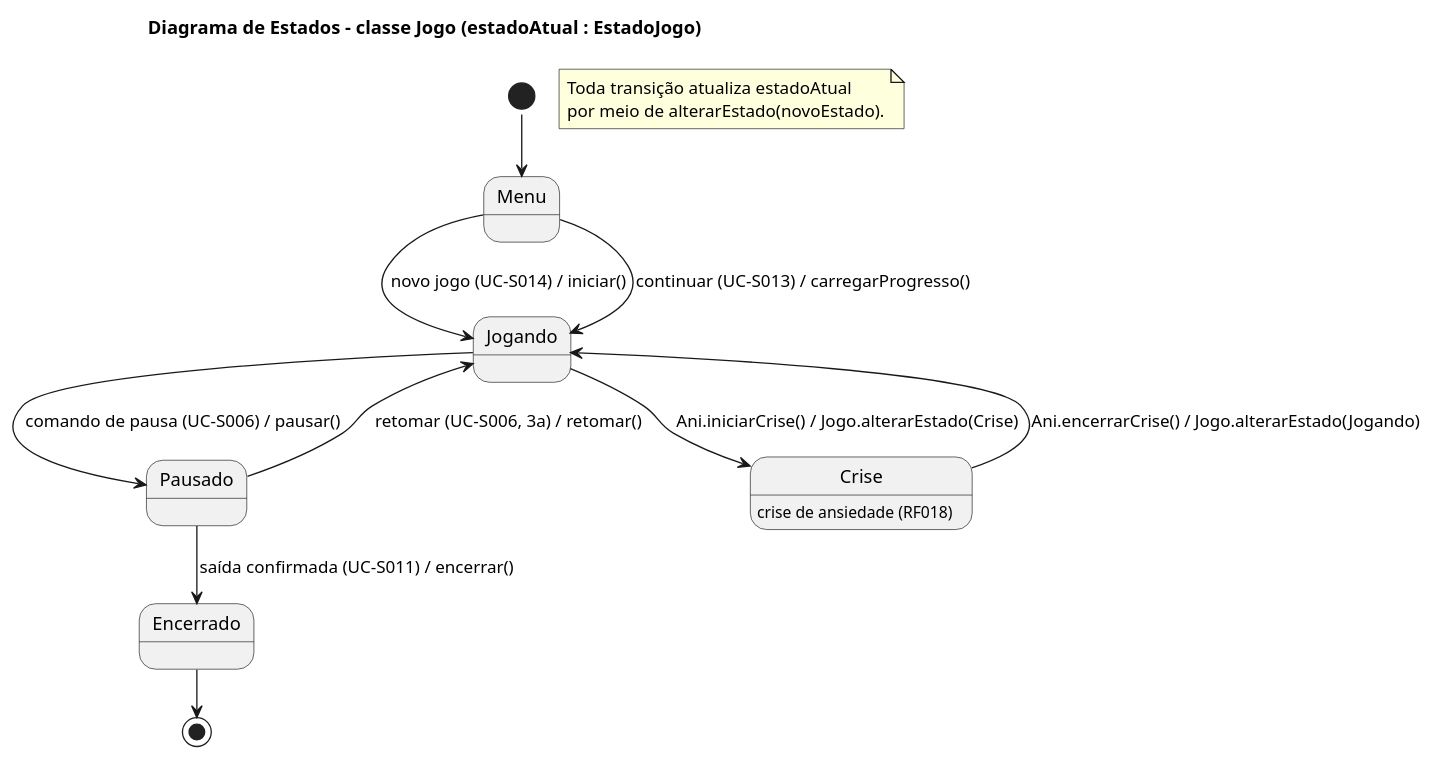
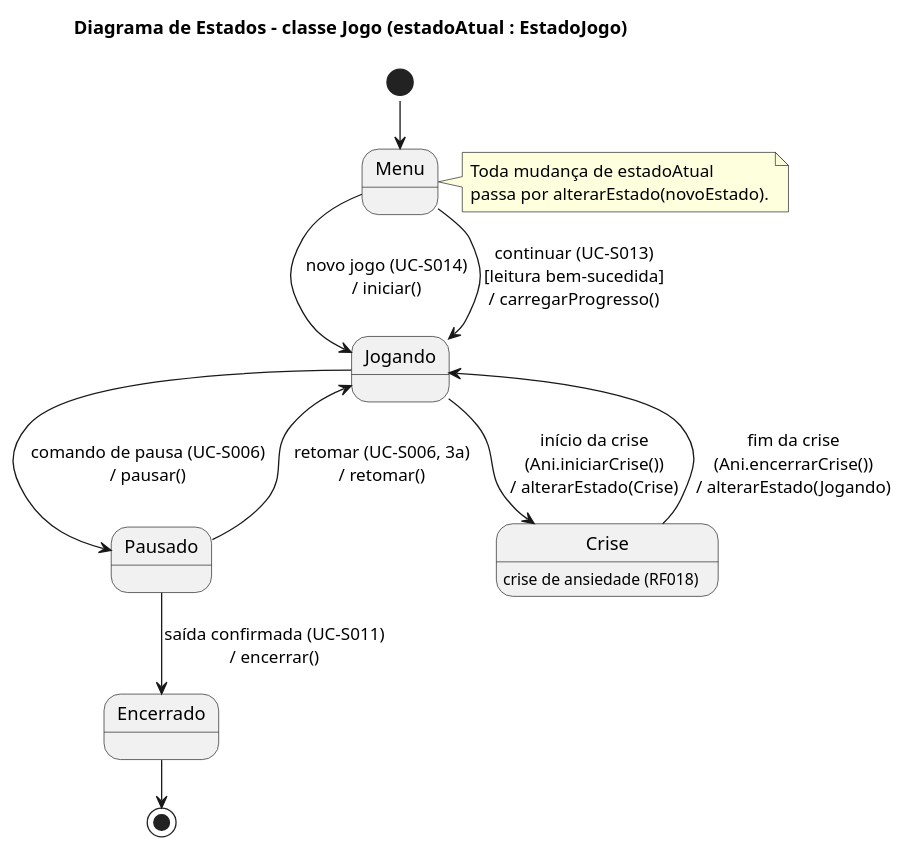
One commit to omatheusfaria/Ani changed the diagram in docs/diagramas/estados-jogo.puml. Above: the diagram before and after it, drawn with PlantUML. The commit also changed 9 other files, not shown here.

Commit message:
Registra as correções do item 62 nos diagramas PlantUML e no texto do TG (alterações que estavam no working tree)

```diff
--- a/docs/diagramas/estados-jogo.puml
+++ b/docs/diagramas/estados-jogo.puml
@@ -1,23 +1,26 @@
 @startuml estados-jogo
 !pragma layout smetana
 title Diagrama de Estados – classe Jogo (estadoAtual : EstadoJogo)
 
 state "Menu" as Menu
 state "Jogando" as Jogando
 state "Pausado" as Pausado
 state "Crise" as Crise : crise de ansiedade (RF018)
 state "Encerrado" as Encerrado
 
 [*] --> Menu
-Menu --> Jogando : novo jogo (UC-S014) / iniciar()
-Menu --> Jogando : continuar (UC-S013) / carregarProgresso()
-Jogando --> Pausado : comando de pausa (UC-S006) / pausar()
-Pausado --> Jogando : retomar (UC-S006, 3a) / retomar()
-Jogando --> Crise : Ani.iniciarCrise() / Jogo.alterarEstado(Crise)
-Crise --> Jogando : Ani.encerrarCrise() / Jogo.alterarEstado(Jogando)
-Pausado --> Encerrado : saída confirmada (UC-S011) / encerrar()
+Menu --> Jogando : novo jogo (UC-S014)\n/ iniciar()
+Menu --> Jogando : continuar (UC-S013)\n[leitura bem-sucedida]\n/ carregarProgresso()
+Jogando --> Pausado : comando de pausa (UC-S006)\n/ pausar()
+Pausado --> Jogando : retomar (UC-S006, 3a)\n/ retomar()
+Jogando --> Crise : início da crise\n(Ani.iniciarCrise())\n/ alterarEstado(Crise)
+Crise --> Jogando : fim da crise\n(Ani.encerrarCrise())\n/ alterarEstado(Jogando)
+Pausado --> Encerrado : saída confirmada (UC-S011)\n/ encerrar()
 Encerrado --> [*]
 
-note "Toda transição atualiza estadoAtual\npor meio de alterarEstado(novoEstado)." as N1
+note right of Menu
+  Toda mudança de estadoAtual
+  passa por alterarEstado(novoEstado).
+end note
 
 @enduml
```
